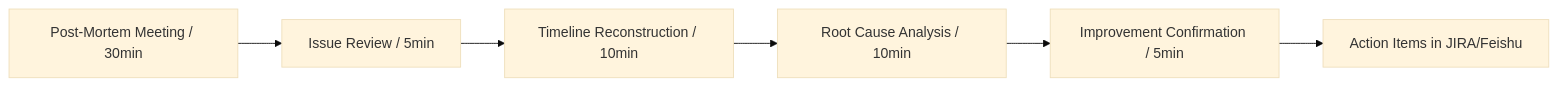
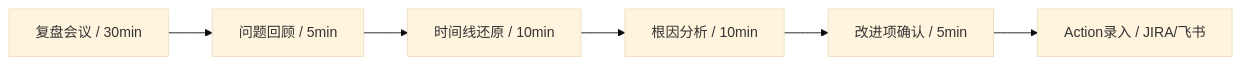
The eighth of 8 diagrams in templates/Product/Delivery/Template-Release-Plan.md (Kirky-X/cangjie), drawn with Mermaid (base theme) before and after one commit. The commit also changed other lines of this file and 33 other files, not shown here.

````diff
--- a/templates/Product/Delivery/Template-Release-Plan.md
+++ b/templates/Product/Delivery/Template-Release-Plan.md
@@ -626,8 +626,8 @@
 ```mermaid
 flowchart LR
-    A[Post-Mortem Meeting / 30min] --> B[Issue Review / 5min]
-    B --> C[Timeline Reconstruction / 10min]
-    C --> D[Root Cause Analysis / 10min]
-    D --> E[Improvement Confirmation / 5min]
-    E --> F[Action Items in JIRA/Feishu]
+    A[复盘会议 / 30min] --> B[问题回顾 / 5min]
+    B --> C[时间线还原 / 10min]
+    C --> D[根因分析 / 10min]
+    D --> E[改进项确认 / 5min]
+    E --> F[Action录入 / JIRA/飞书]
 ```
````
